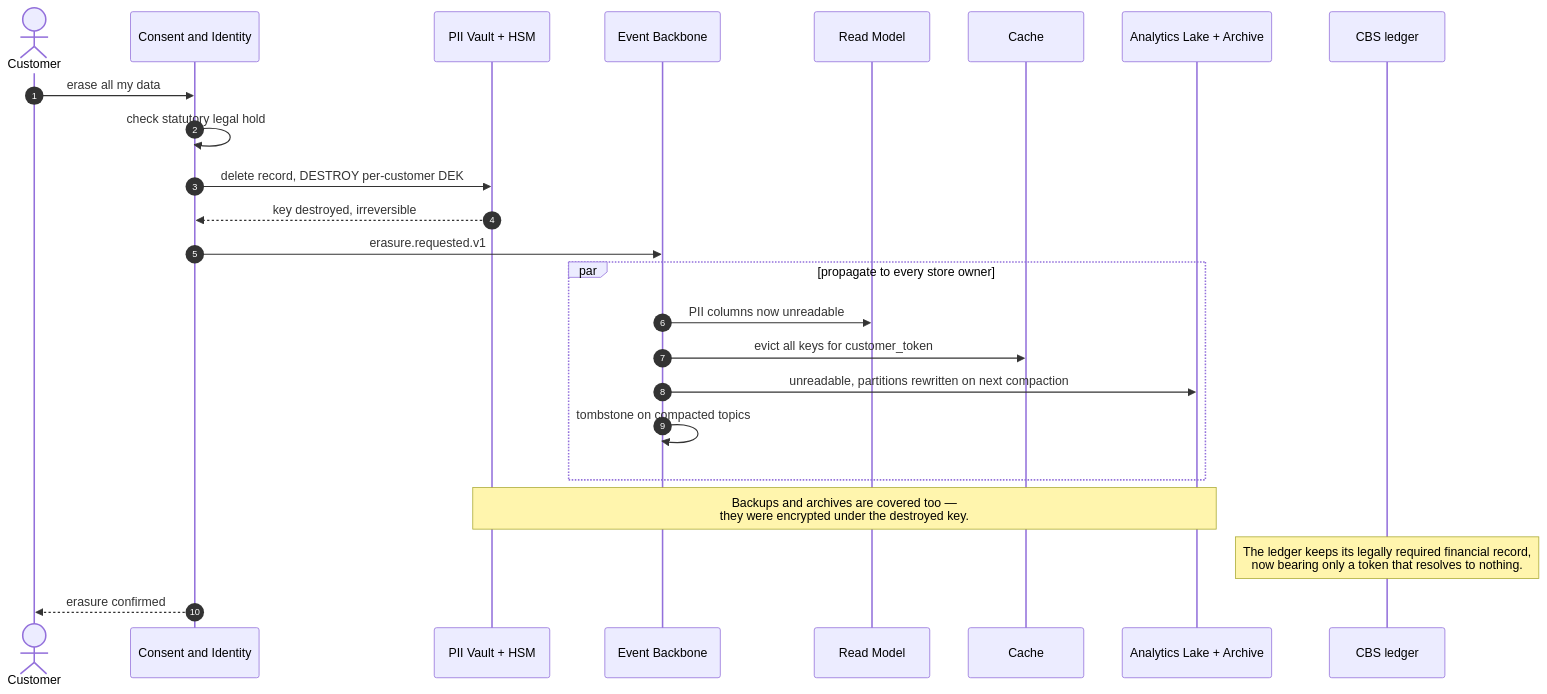
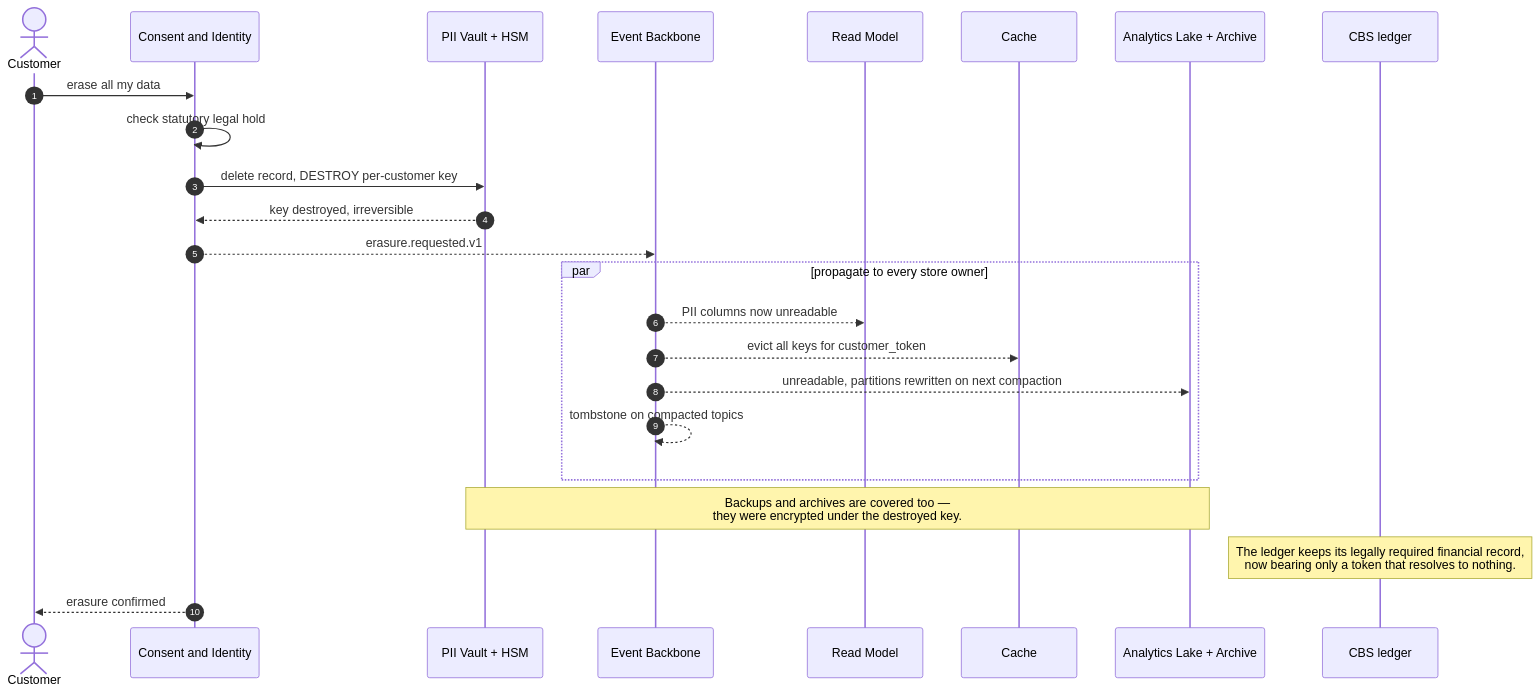
Diagram 13 of 15 in docs/solution/diagrams.md (sunnydubey1111/neobank-digital-leap), drawn with Mermaid before and after one commit. The commit also changed other lines of this file and 7 other files, not shown here.

````diff
--- a/docs/solution/diagrams.md
+++ b/docs/solution/diagrams.md
@@ -484,27 +599,27 @@
 ```mermaid
 sequenceDiagram
     autonumber
     actor C as Customer
     participant CO as Consent and Identity
     participant V as PII Vault + HSM
     participant B as Event Backbone
     participant RM as Read Model
     participant $ as Cache
     participant L as Analytics Lake + Archive
     participant CBS as CBS ledger
 
     C->>CO: erase all my data
     CO->>CO: check statutory legal hold
-    CO->>V: delete record, DESTROY per-customer DEK
+    CO->>V: delete record, DESTROY per-customer key
     V-->>CO: key destroyed, irreversible
-    CO->>B: erasure.requested.v1
+    CO-->>B: erasure.requested.v1
     par propagate to every store owner
-        B->>RM: PII columns now unreadable
-        B->>$: evict all keys for customer_token
-        B->>L: unreadable, partitions rewritten on next compaction
-        B->>B: tombstone on compacted topics
+        B-->>RM: PII columns now unreadable
+        B-->>$: evict all keys for customer_token
+        B-->>L: unreadable, partitions rewritten on next compaction
+        B-->>B: tombstone on compacted topics
     end
     Note over V,L: Backups and archives are covered too —<br/>they were encrypted under the destroyed key.
     Note over CBS: The ledger keeps its legally required financial record,<br/>now bearing only a token that resolves to nothing.
     CO-->>C: erasure confirmed
 ```
````
